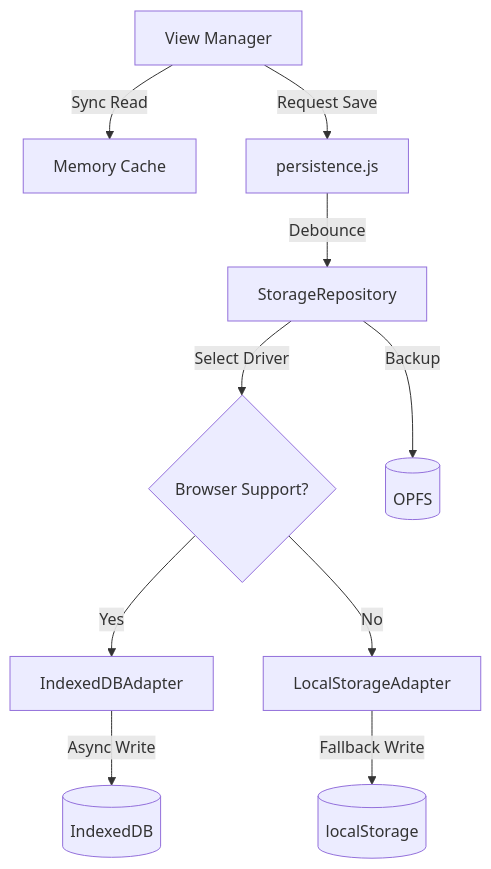
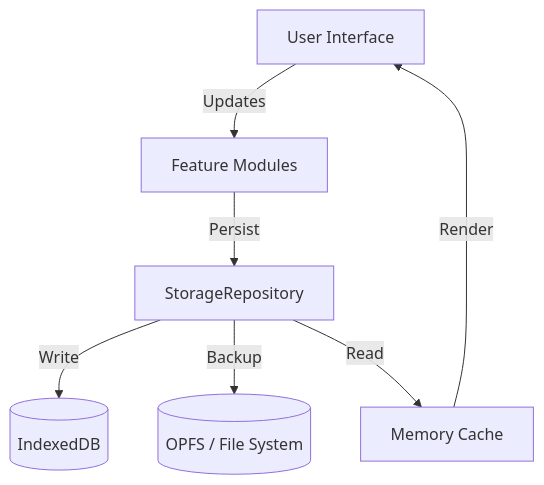
One commit to Hugo9809/cine-power-planner changed the diagram in CODEBASE_MAP.md. Above: the diagram before and after it, drawn with Mermaid. The commit also changed other lines of this file and 173 other files, not shown here.

````diff
--- a/CODEBASE_MAP.md
+++ b/CODEBASE_MAP.md
@@ -145,12 +23,9 @@
 ```mermaid
 graph TD
-    UI[View Manager] -->|Sync Read| Cache[Memory Cache]
-    UI -->|Request Save| Manager[persistence.js]
-    Manager -->|Debounce| Repo[StorageRepository]
-    Repo -->|Select Driver| Decision{Browser Support?}
-    Decision -->|Yes| IDB[IndexedDBAdapter]
-    Decision -->|No| LS[LocalStorageAdapter]
-    IDB -->|Async Write| IndexedDB[(IndexedDB)]
-    LS -->|Fallback Write| LocalStorage[(localStorage)]
-    Repo -->|Backup| OPFS[(OPFS)]
+    UI[User Interface] -->|Updates| Feature[Feature Modules]
+    Feature -->|Persist| Storage[StorageRepository]
+    Storage -->|Write| IDB[(IndexedDB)]
+    Storage -->|Backup| OPFS[(OPFS / File System)]
+    Storage -->|Read| Mem[Memory Cache]
+    Mem -->|Render| UI
 ```
````
